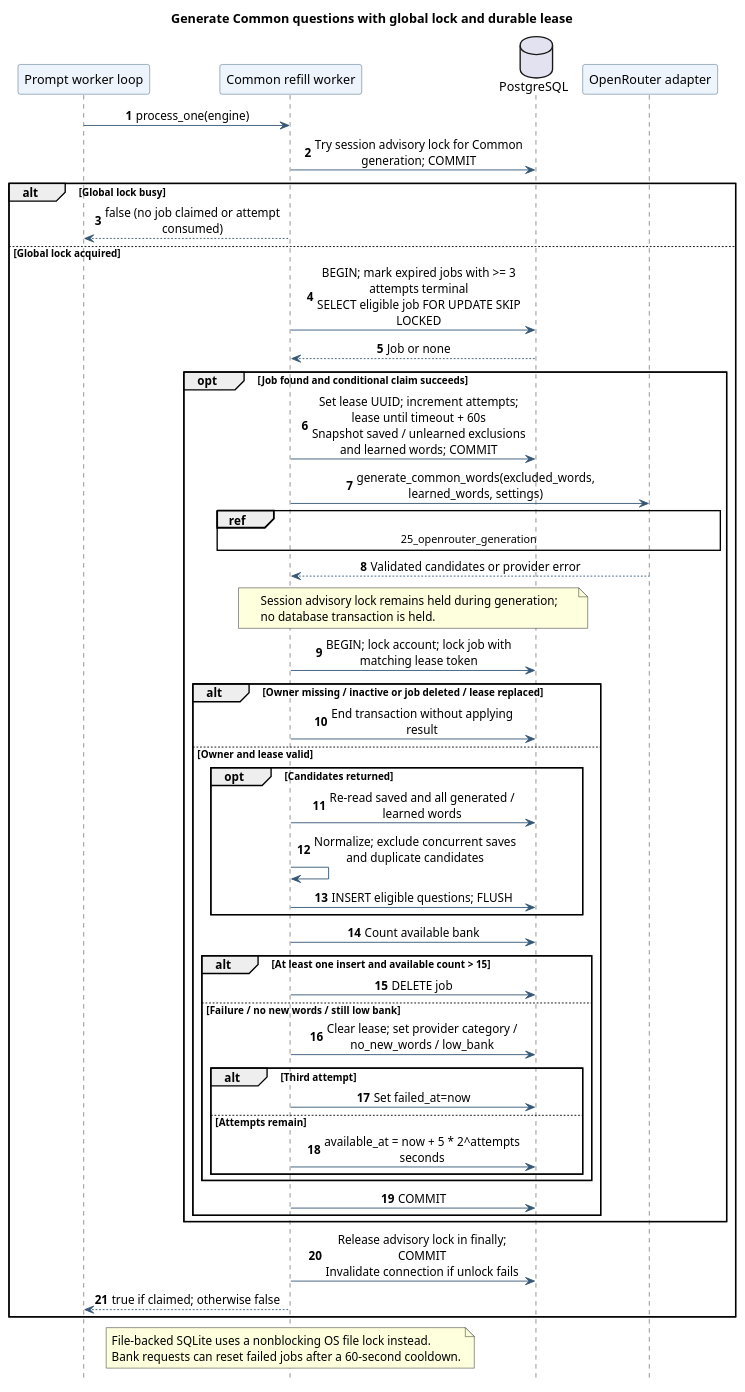
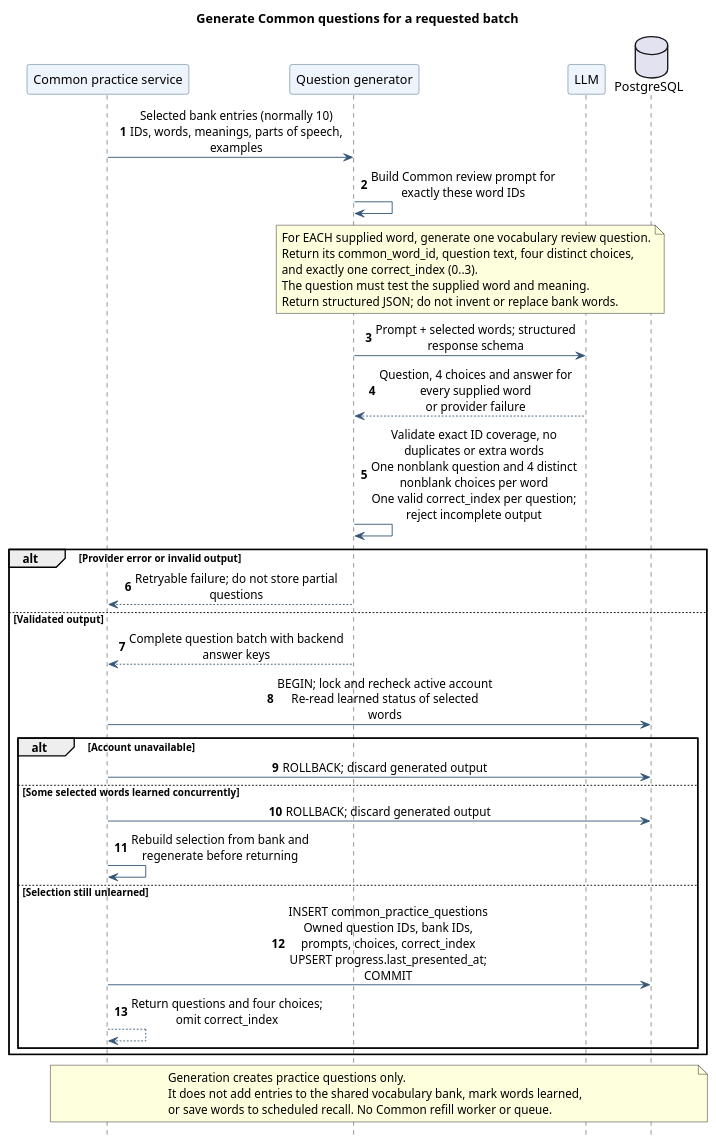
The diagram in docs/diagrams/sequence_diagrams/23_common_words_worker.puml (jerrynguyen0210/english-vocab-app), drawn with PlantUML before and after one commit. The commit also changed 93 other files, not shown here.

Commit message:
Add shared common word practice and bank tooling

```diff
--- a/docs/diagrams/sequence_diagrams/23_common_words_worker.puml
+++ b/docs/diagrams/sequence_diagrams/23_common_words_worker.puml
@@ -1,64 +1,50 @@
 @startuml
 skinparam shadowing false
 skinparam defaultFontName SansSerif
 skinparam sequenceMessageAlign center
 skinparam maxMessageSize 240
 skinparam ParticipantBackgroundColor #EEF4FB
 skinparam ParticipantBorderColor #355777
 skinparam ActorBorderColor #355777
 skinparam ArrowColor #355777
 hide footbox
 autonumber
-title Generate Common questions with global lock and durable lease
+title Generate Common questions for a requested batch
 
-' Sources relative to repository root:
-' backend/app/services/common_word_worker.py
-' backend/app/services/common_word_generation_lock.py
-' backend/app/services/common_word_bank.py
-' backend/app/llm/openrouter_common.py
+' Historical filename retained for existing references.
+' Request-driven generation: backend/app/services/common_words.py and app/llm/openrouter_common.py.
+participant "Common practice service" as S
+participant "Question generator" as Generator
+participant LLM
+database PostgreSQL as DB
 
-participant "Prompt worker loop" as Loop
-participant "Common refill worker" as Worker
-database PostgreSQL as DB
-participant "OpenRouter adapter" as LLM
-Loop -> Worker : process_one(engine)
-Worker -> DB : Try session advisory lock for Common generation; COMMIT
-alt Global lock busy
-  Worker --> Loop : false (no job claimed or attempt consumed)
-else Global lock acquired
-  Worker -> DB : BEGIN; mark expired jobs with >= 3 attempts terminal\nSELECT eligible job FOR UPDATE SKIP LOCKED
-  DB --> Worker : Job or none
-  opt Job found and conditional claim succeeds
-    Worker -> DB : Set lease UUID; increment attempts; lease until timeout + 60s\nSnapshot saved / unlearned exclusions and learned words; COMMIT
-    Worker -> LLM : generate_common_words(excluded_words, learned_words, settings)
-    ref over Worker, LLM : 25_openrouter_generation
-    LLM --> Worker : Validated candidates or provider error
-    note over Worker, DB : Session advisory lock remains held during generation;\nno database transaction is held.
-    Worker -> DB : BEGIN; lock account; lock job with matching lease token
-    alt Owner missing / inactive or job deleted / lease replaced
-      Worker -> DB : End transaction without applying result
-    else Owner and lease valid
-      opt Candidates returned
-        Worker -> DB : Re-read saved and all generated / learned words
-        Worker -> Worker : Normalize; exclude concurrent saves and duplicate candidates
-        Worker -> DB : INSERT eligible questions; FLUSH
-      end
-      Worker -> DB : Count available bank
-      alt At least one insert and available count > 15
-        Worker -> DB : DELETE job
-      else Failure / no new words / still low bank
-        Worker -> DB : Clear lease; set provider category / no_new_words / low_bank
-        alt Third attempt
-          Worker -> DB : Set failed_at=now
-        else Attempts remain
-          Worker -> DB : available_at = now + 5 * 2^attempts seconds
-        end
-      end
-      Worker -> DB : COMMIT
-    end
+S -> Generator : Selected bank entries (normally 10)\nIDs, words, meanings, parts of speech, examples
+Generator -> Generator : Build Common review prompt for exactly these word IDs
+note over Generator, LLM
+  For EACH supplied word, generate one vocabulary review question.
+  Return its common_word_id, question text, four distinct choices,
+  and exactly one correct_index (0..3).
+  The question must test the supplied word and meaning.
+  Return structured JSON; do not invent or replace bank words.
+end note
+Generator -> LLM : Prompt + selected words; structured response schema
+LLM --> Generator : Question, 4 choices and answer for every supplied word\nor provider failure
+Generator -> Generator : Validate exact ID coverage, no duplicates or extra words\nOne nonblank question and 4 distinct nonblank choices per word\nOne valid correct_index per question; reject incomplete output
+alt Provider error or invalid output
+  Generator --> S : Retryable failure; do not store partial questions
+else Validated output
+  Generator --> S : Complete question batch with backend answer keys
+  S -> DB : BEGIN; lock and recheck active account\nRe-read learned status of selected words
+  alt Account unavailable
+    S -> DB : ROLLBACK; discard generated output
+  else Some selected words learned concurrently
+    S -> DB : ROLLBACK; discard generated output
+    S -> S : Rebuild selection from bank and regenerate before returning
+  else Selection still unlearned
+    S -> DB : INSERT common_practice_questions\nOwned question IDs, bank IDs, prompts, choices, correct_index\nUPSERT progress.last_presented_at; COMMIT
+    S --> S : Return questions and four choices; omit correct_index
   end
-  Worker -> DB : Release advisory lock in finally; COMMIT\nInvalidate connection if unlock fails
-  Worker --> Loop : true if claimed; otherwise false
 end
-note over Worker : File-backed SQLite uses a nonblocking OS file lock instead.\nBank requests can reset failed jobs after a 60-second cooldown.
+note over S, DB : Generation creates practice questions only.\nIt does not add entries to the shared vocabulary bank, mark words learned,\nor save words to scheduled recall. No Common refill worker or queue.
+
 @enduml
```
